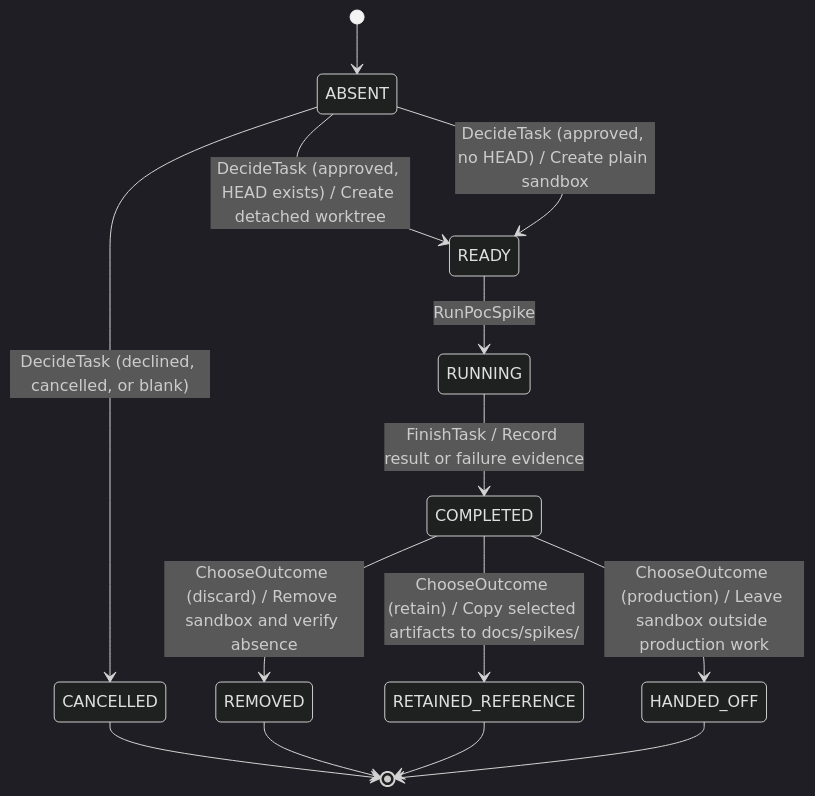
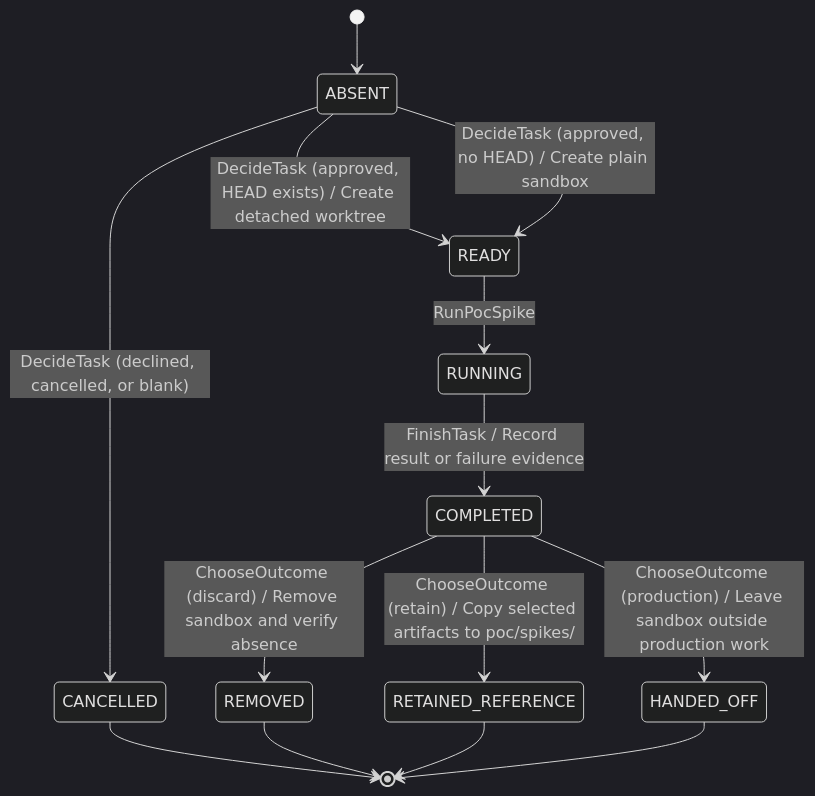
The tenth of 15 diagrams in docs/spec/state-machines.md (matthiasdaues/agent_factory), drawn with Mermaid (dark theme) before and after one commit. The commit also changed other lines of this file and 18 other files, not shown here.

First line of the commit message:
feat: retain onboarding artifacts under poc/spikes

````diff
--- a/docs/spec/state-machines.md
+++ b/docs/spec/state-machines.md
@@ -580,16 +580,16 @@
 ```mermaid
 stateDiagram-v2
     [*] --> ABSENT
     ABSENT --> READY : DecideTask (approved, HEAD exists) / Create detached worktree
     ABSENT --> READY : DecideTask (approved, no HEAD) / Create plain sandbox
     ABSENT --> CANCELLED : DecideTask (declined, cancelled, or blank)
     READY --> RUNNING : RunPocSpike
     RUNNING --> COMPLETED : FinishTask / Record result or failure evidence
     COMPLETED --> REMOVED : ChooseOutcome (discard) / Remove sandbox and verify absence
-    COMPLETED --> RETAINED_REFERENCE : ChooseOutcome (retain) / Copy selected artifacts to docs/spikes/
+    COMPLETED --> RETAINED_REFERENCE : ChooseOutcome (retain) / Copy selected artifacts to poc/spikes/
     COMPLETED --> HANDED_OFF : ChooseOutcome (production) / Leave sandbox outside production work
     CANCELLED --> [*]
     REMOVED --> [*]
     RETAINED_REFERENCE --> [*]
     HANDED_OFF --> [*]
 ```
````
